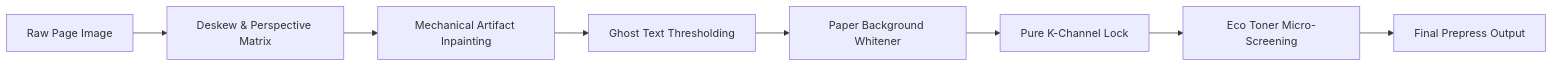
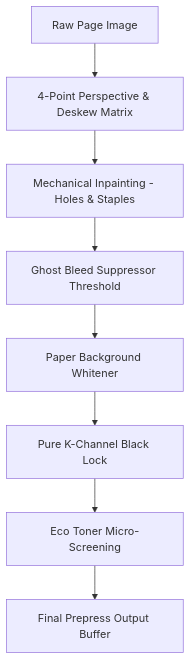
One commit to DaiviAeroBoy/PrintVLC changed the diagram in docs/ARCHITECTURE.md. Above: the diagram before and after it, drawn with Mermaid. The commit also changed other lines of this file and 6 other files, not shown here.

````diff
--- a/docs/ARCHITECTURE.md
+++ b/docs/ARCHITECTURE.md
@@ -72,10 +182,10 @@
 ```mermaid
-graph LR
-    A[Raw Page Image] --> B[Deskew & Perspective Matrix]
-    B --> C[Mechanical Artifact Inpainting]
-    C --> D[Ghost Text Thresholding]
+graph TD
+    A[Raw Page Image] --> B[4-Point Perspective & Deskew Matrix]
+    B --> C[Mechanical Inpainting - Holes & Staples]
+    C --> D[Ghost Bleed Suppressor Threshold]
     D --> E[Paper Background Whitener]
-    E --> F[Pure K-Channel Lock]
+    E --> F[Pure K-Channel Black Lock]
     F --> G[Eco Toner Micro-Screening]
-    G --> H[Final Prepress Output]
+    G --> H[Final Prepress Output Buffer]
 ```
````
